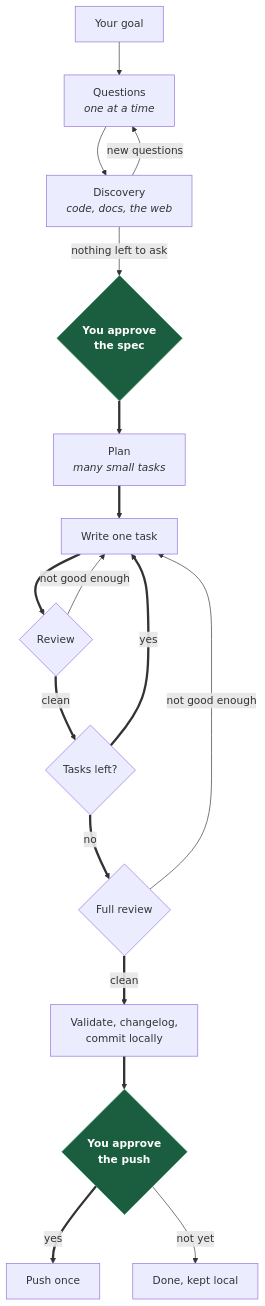
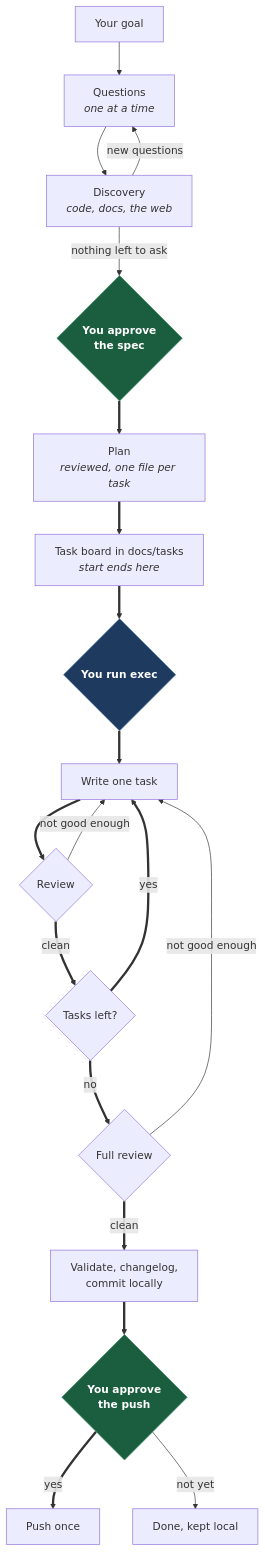
Before and after one commit to anthonydaros/my-plan-claude-plugin: the diagram in README.md, drawn with Mermaid. The commit also changed other lines of this file and 50 other files, not shown here.

````diff
--- a/README.md
+++ b/README.md
@@ -127,24 +160,28 @@
 ```mermaid
 flowchart TD
     A["Your goal"] --> B["Questions<br/><i>one at a time</i>"]
     B --> D["Discovery<br/><i>code, docs, the web</i>"]
     D -->|"new questions"| B
     D -->|"nothing left to ask"| C{"You approve<br/>the spec"}
 
-    C ==> P["Plan<br/><i>many small tasks</i>"]
-    P ==> T["Write one task"]
+    C ==> P["Plan<br/><i>reviewed, one file per task</i>"]
+    P ==> TB["Task board in docs/tasks<br/><i>start ends here</i>"]
+    TB ==> E{"You run exec"}
+    E ==> T["Write one task"]
     T ==> R{"Review"}
     R -->|"not good enough"| T
     R ==>|"clean"| M{"Tasks left?"}
     M ==>|"yes"| T
 
     M ==>|"no"| F{"Full review"}
     F -->|"not good enough"| T
     F ==>|"clean"| S["Validate, changelog,<br/>commit locally"]
     S ==> PG{"You approve<br/>the push"}
     PG ==>|"yes"| PUSH["Push once"]
     PG -->|"not yet"| LOCAL["Done, kept local"]
 
     classDef gate fill:#1b5e3f,stroke:#2d8a5f,color:#fff,font-weight:bold
     class C,PG gate
+    classDef cmd fill:#1e3a5f,stroke:#3a6a9a,color:#fff,font-weight:bold
+    class E cmd
 ```
````
